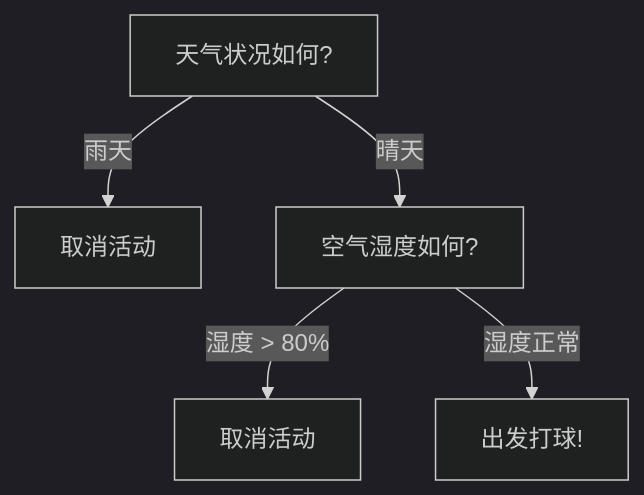
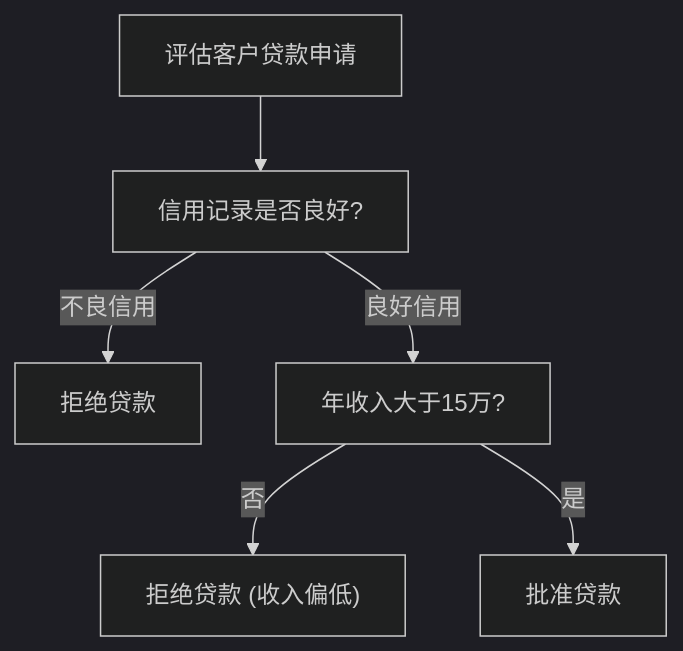
Before and after one commit to Ackow/mindpath-ai: the first of 2 diagrams in content/machine-learning/supervised/05-decision-tree-random-forest.mdx, drawn with Mermaid (dark theme). The commit also changed other lines of this file and 12 other files, not shown here.

````diff
--- a/content/machine-learning/supervised/05-decision-tree-random-forest.mdx
+++ b/content/machine-learning/supervised/05-decision-tree-random-forest.mdx
@@ -40,7 +40,8 @@
 ```mermaid
 graph TD
-    A["天气状况如何?"] -->|"雨天"| B["取消活动"]
-    A -->|"晴天"| C["空气湿度如何?"]
-    C -->|"湿度 > 80%"| D["取消活动"]
-    C -->|"湿度正常"| E["出发打球!"]
+    Start["评估客户贷款申请"] --> Branch1["信用记录是否良好?"]
+    Branch1 -->|"不良信用"| Denied1["拒绝贷款"]
+    Branch1 -->|"良好信用"| Branch2["年收入大于15万?"]
+    Branch2 -->|"否"| Denied2["拒绝贷款 (收入偏低)"]
+    Branch2 -->|"是"| Approved["批准贷款"]
 ```
````
